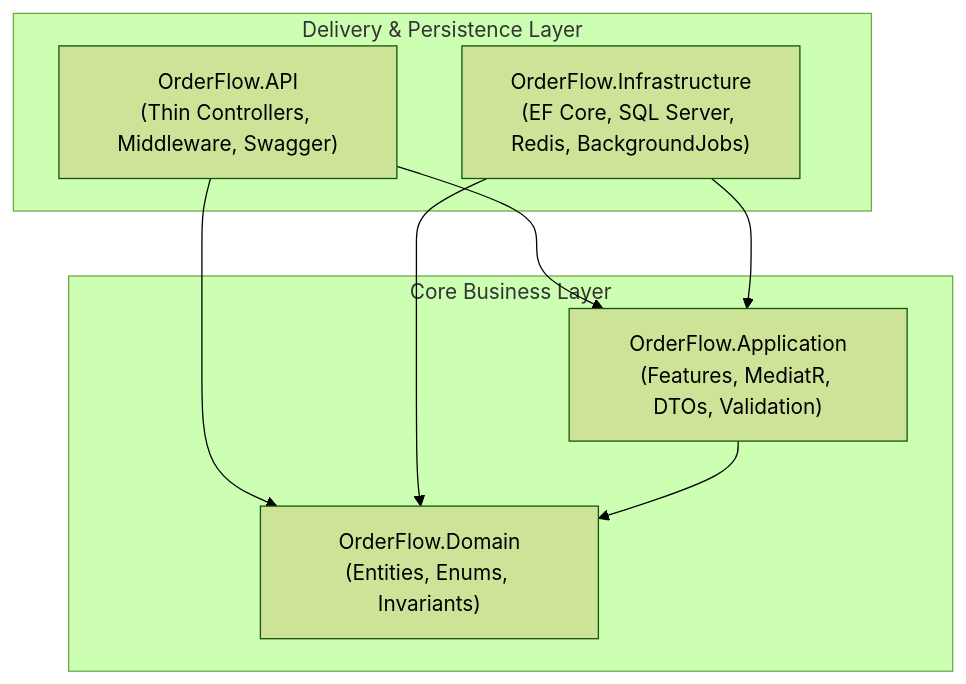
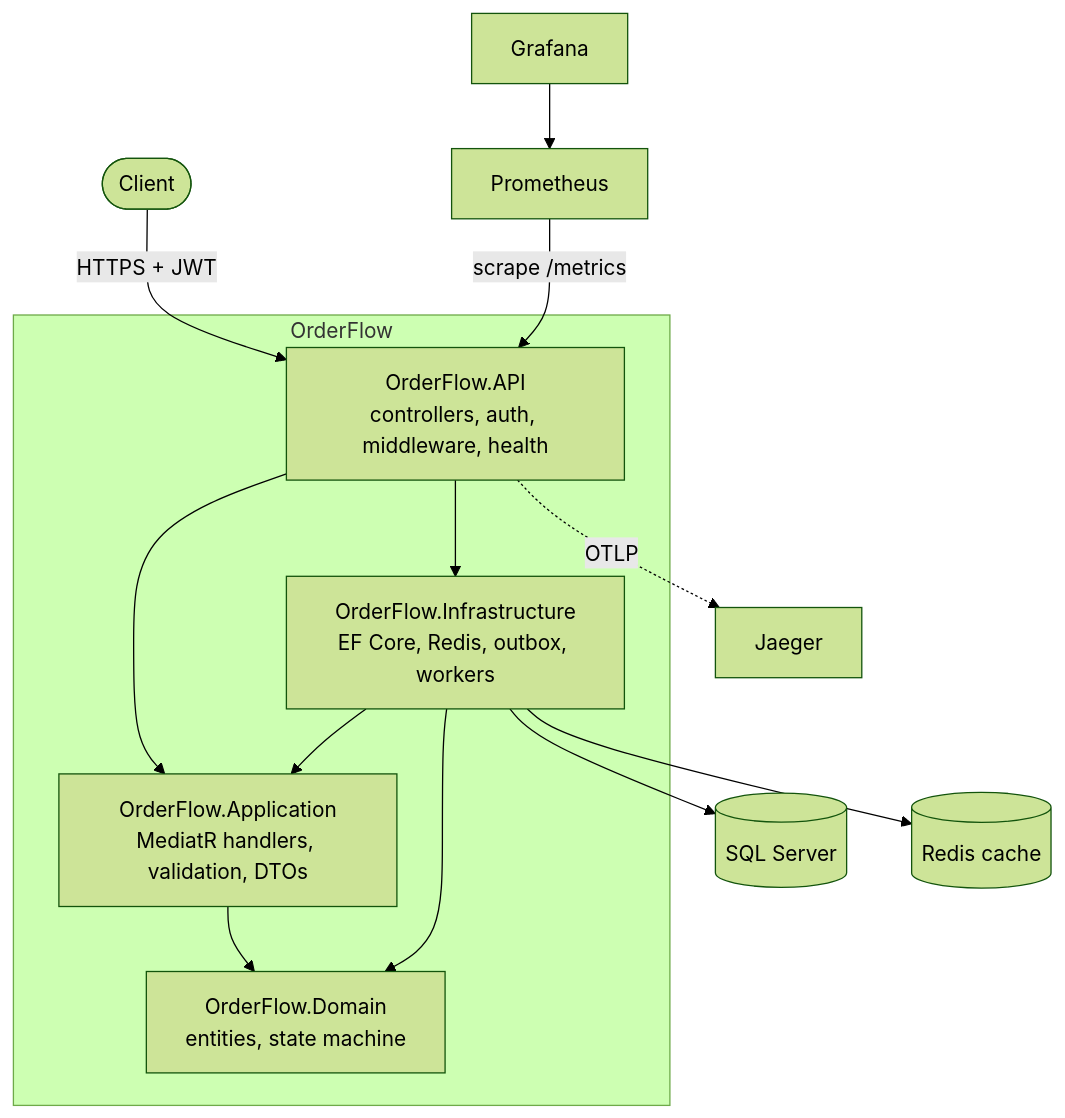
The first of 3 diagrams in README.md (islamkhaled1/OrderFlow), drawn with Mermaid (forest theme) before and after one commit. The commit also changed other lines of this file and 115 other files, not shown here.

Commit message:
feat: strengthen OrderFlow backend and observability

````diff
--- a/README.md
+++ b/README.md
@@ -57,23 +43,20 @@
 ```mermaid
 graph TD
-    API["OrderFlow.API<br/>(Thin Controllers, Middleware, Swagger)"]
-    APP["OrderFlow.Application<br/>(Features, MediatR, DTOs, Validation)"]
-    INFRA["OrderFlow.Infrastructure<br/>(EF Core, SQL Server, Redis, BackgroundJobs)"]
-    DOM["OrderFlow.Domain<br/>(Entities, Enums, Invariants)"]
-
+    Client([Client]) -->|HTTPS + JWT| API
+    subgraph OrderFlow
+        API["OrderFlow.API<br/>controllers, auth, middleware, health"]
+        APP["OrderFlow.Application<br/>MediatR handlers, validation, DTOs"]
+        DOM["OrderFlow.Domain<br/>entities, state machine"]
+        INFRA["OrderFlow.Infrastructure<br/>EF Core, Redis, outbox, workers"]
+    end
     API --> APP
-    API --> DOM
+    APP --> DOM
     INFRA --> APP
     INFRA --> DOM
-    APP --> DOM
-
-    subgraph Core Business Layer
-        DOM
-        APP
-    end
-
-    subgraph Delivery & Persistence Layer
-        INFRA
-        API
-    end
+    API --> INFRA
+    INFRA --> SQL[(SQL Server)]
+    INFRA --> REDIS[(Redis cache)]
+    API -. OTLP .-> JAEGER[Jaeger]
+    PROM[Prometheus] -->|scrape /metrics| API
+    GRAF[Grafana] --> PROM
 ```
````
